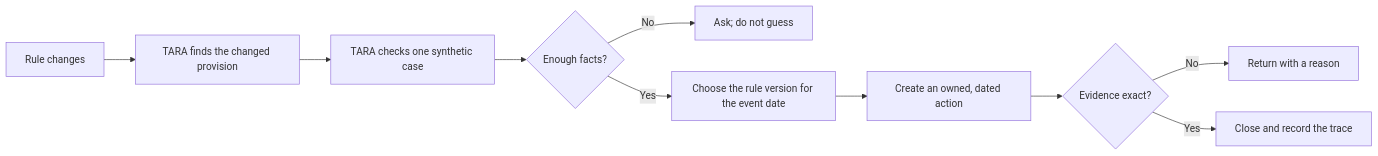
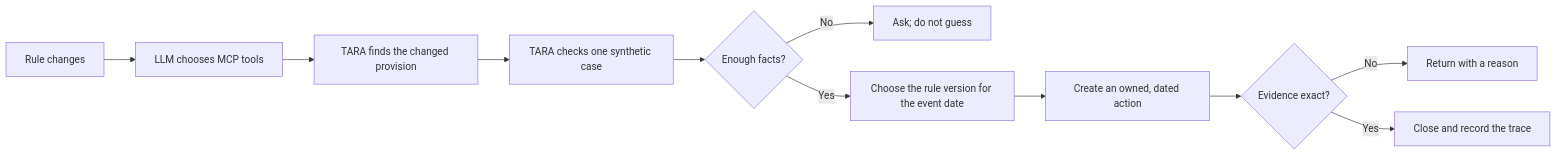
The diagram in docs/agent-walkthrough2.md (hbapuram/TARA-Regulatory-Change-Agent), drawn with Mermaid before and after one commit. The commit also changed other lines of this file and 17 other files, not shown here.

Commit message:
Integrate LLM orchestration and readable MCP trace

````diff
--- a/docs/agent-walkthrough2.md
+++ b/docs/agent-walkthrough2.md
@@ -5,12 +5,13 @@
 ```mermaid
 flowchart LR
-    A[Rule changes] --> B[TARA finds the changed provision]
-    B --> C[TARA checks one synthetic case]
-    C --> D{Enough facts?}
-    D -- No --> E[Ask; do not guess]
-    D -- Yes --> F[Choose the rule version for the event date]
-    F --> G[Create an owned, dated action]
-    G --> H{Evidence exact?}
-    H -- No --> I[Return with a reason]
-    H -- Yes --> J[Close and record the trace]
+    A[Rule changes] --> B[LLM chooses MCP tools]
+    B --> C[TARA finds the changed provision]
+    C --> D[TARA checks one synthetic case]
+    D --> E{Enough facts?}
+    E -- No --> F[Ask; do not guess]
+    E -- Yes --> G[Choose the rule version for the event date]
+    G --> H[Create an owned, dated action]
+    H --> I{Evidence exact?}
+    I -- No --> J[Return with a reason]
+    I -- Yes --> K[Close and record the trace]
 ```
````
